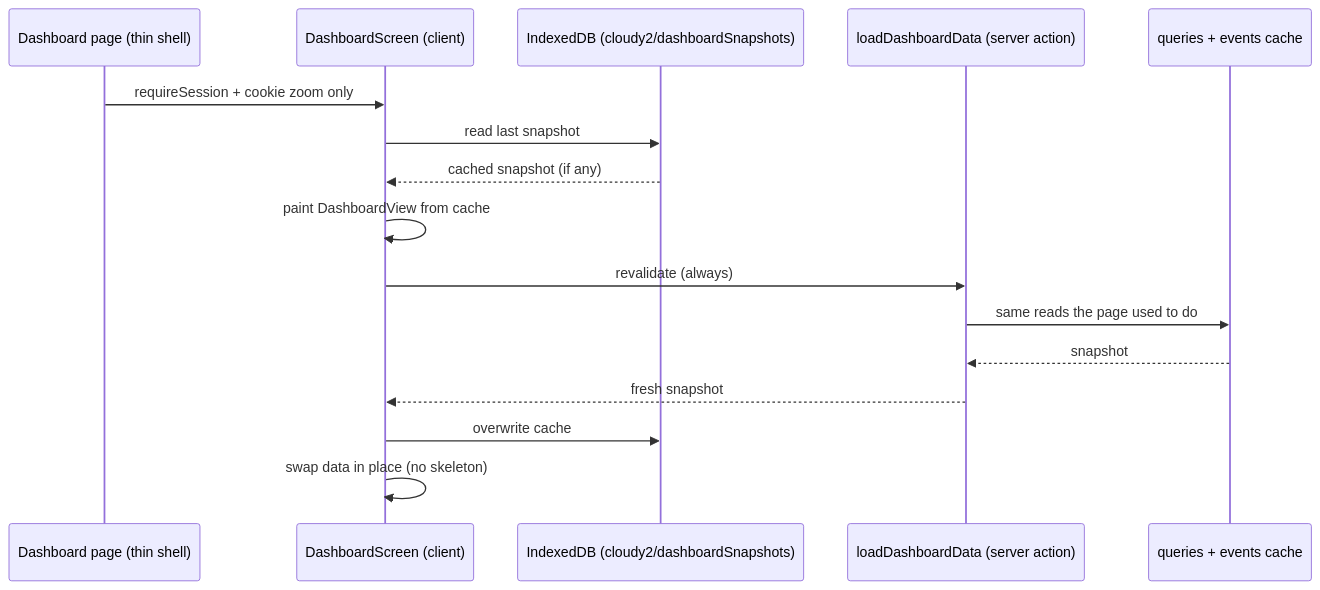
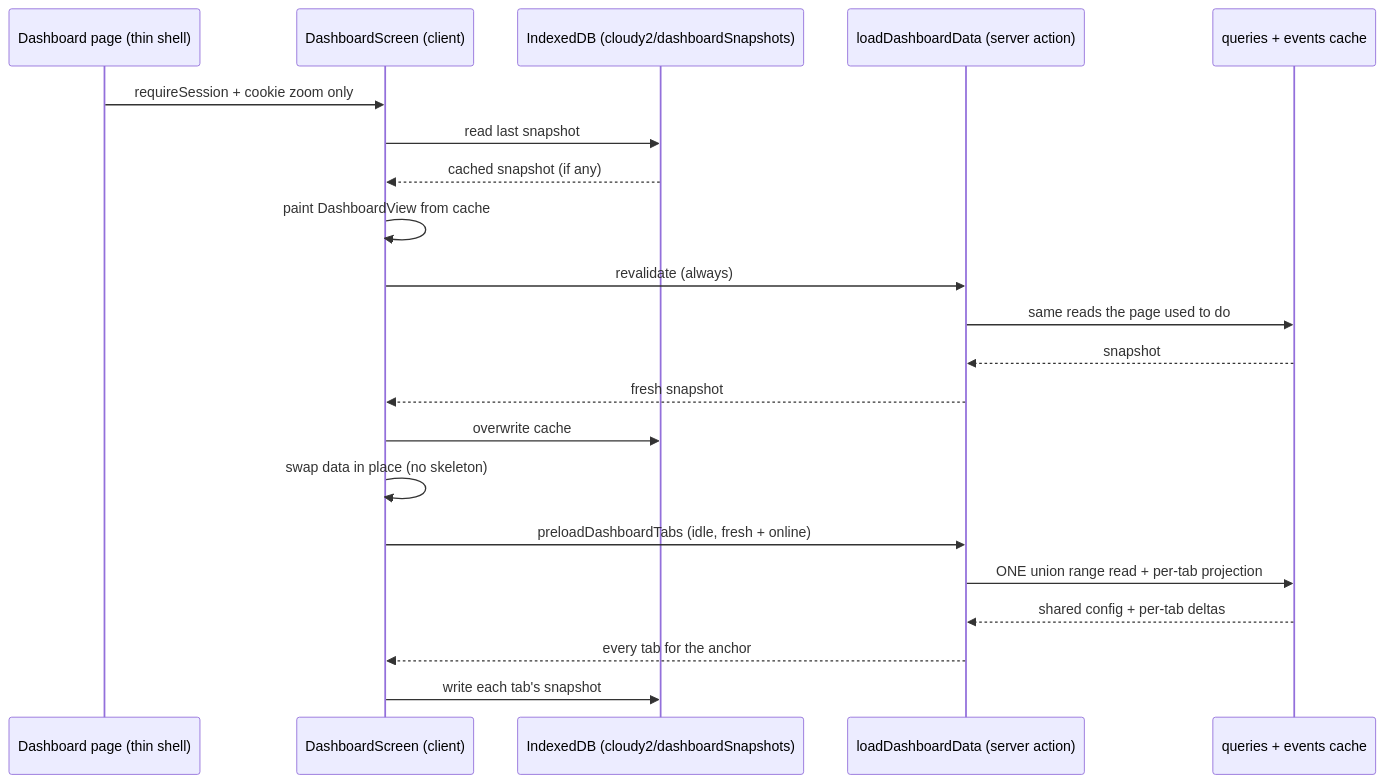
One commit to oncloudnintynineone-source/cloudy2 changed the sixth of 6 diagrams in docs/pwa-offline.md. Above: the diagram before and after it, drawn with Mermaid. The commit also changed other lines of this file and 13 other files, not shown here.

Commit message:
Preload every dashboard tab for instant switches

````diff
--- a/docs/pwa-offline.md
+++ b/docs/pwa-offline.md
@@ -521,18 +521,23 @@
 ```mermaid
 sequenceDiagram
  participant P as Dashboard page (thin shell)
  participant S as DashboardScreen (client)
  participant I as IndexedDB (cloudy2/dashboardSnapshots)
  participant A as loadDashboardData (server action)
  participant Q as queries + events cache
  P->>S: requireSession + cookie zoom only
  S->>I: read last snapshot
  I-->>S: cached snapshot (if any)
  S->>S: paint DashboardView from cache
  S->>A: revalidate (always)
  A->>Q: same reads the page used to do
  Q-->>A: snapshot
  A-->>S: fresh snapshot
  S->>I: overwrite cache
  S->>S: swap data in place (no skeleton)
+ S->>A: preloadDashboardTabs (idle, fresh + online)
+ A->>Q: ONE union range read + per-tab projection
+ Q-->>A: shared config + per-tab deltas
+ A-->>S: every tab for the anchor
+ S->>I: write each tab's snapshot
 ```
````
